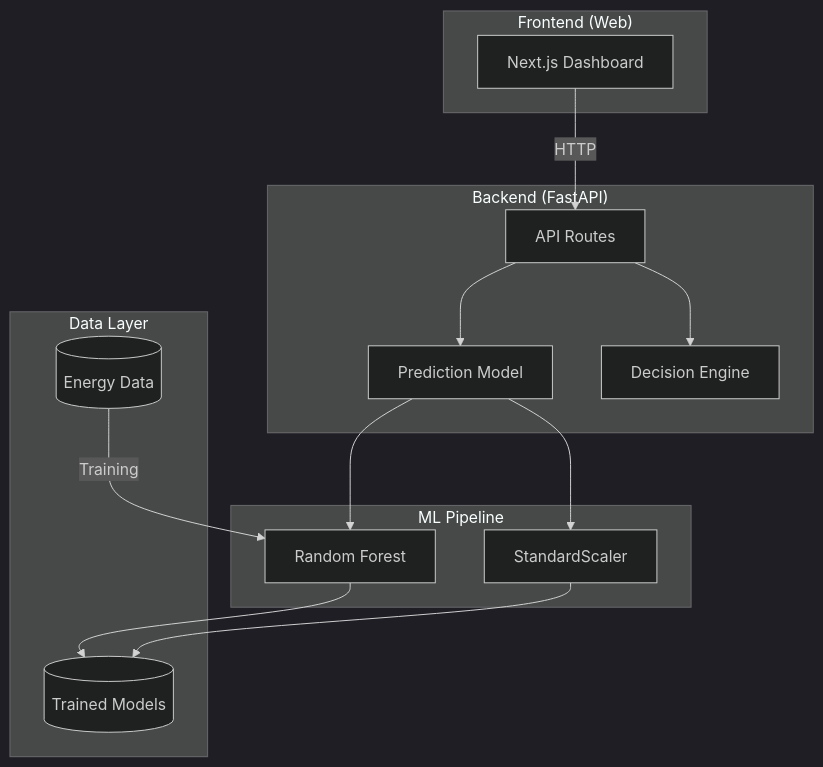
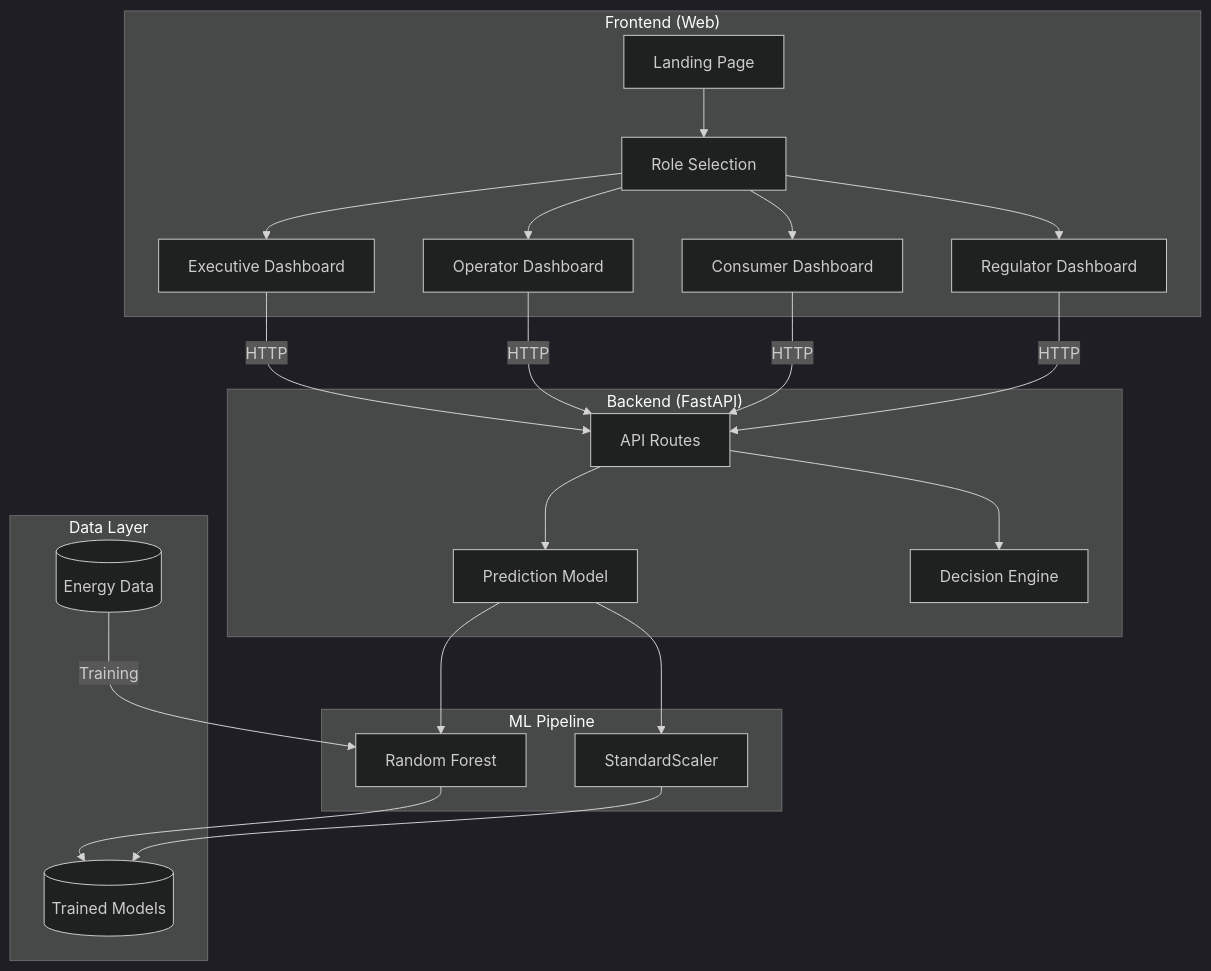
Before and after one commit to saad2134/gridmind-ai: the diagram in README.md, drawn with Mermaid (dark theme). The commit also changed other lines of this file and 46 other files, not shown here.

````diff
--- a/README.md
+++ b/README.md
@@ -159,32 +168,47 @@
 ```mermaid
 graph TB
     subgraph Client["Frontend (Web)"]
-        UI[Next.js Dashboard]
+        Landing[Landing Page]
+        Auth[Role Selection]
+        Exec[Executive Dashboard]
+        Oper[Operator Dashboard]
+        Cons[Consumer Dashboard]
+        Regul[Regulator Dashboard]
     end
 
     subgraph Backend["Backend (FastAPI)"]
         API[API Routes]
         Pred[Prediction Model]
         Decision[Decision Engine]
     end
 
     subgraph ML["ML Pipeline"]
         RF[Random Forest]
         Scaler[StandardScaler]
     end
 
     subgraph Data["Data Layer"]
         CSV[(Energy Data)]
         Models[(Trained Models)]
     end
 
-    UI -->|HTTP| API
+    Landing --> Auth
+    Auth --> Exec
+    Auth --> Oper
+    Auth --> Cons
+    Auth --> Regul
+
+    Exec -->|HTTP| API
+    Oper -->|HTTP| API
+    Cons -->|HTTP| API
+    Regul -->|HTTP| API
+
     API --> Pred
     API --> Decision
     Pred --> RF
     Pred --> Scaler
     
     RF --> Models
     Scaler --> Models
     CSV -->|Training| RF
 ```
````
